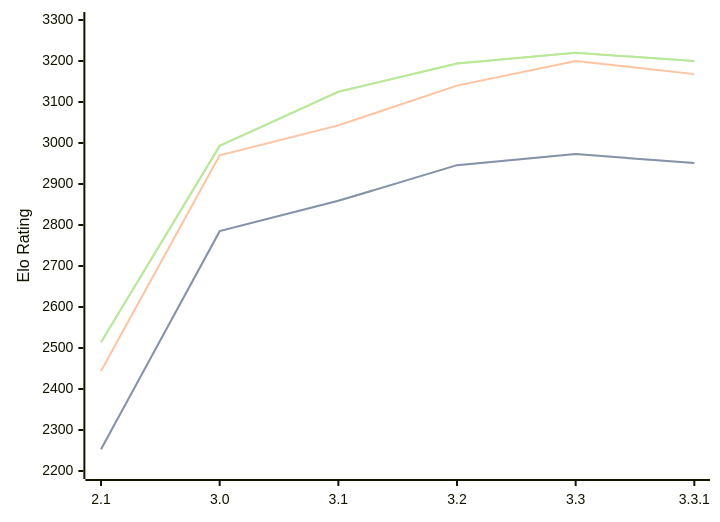
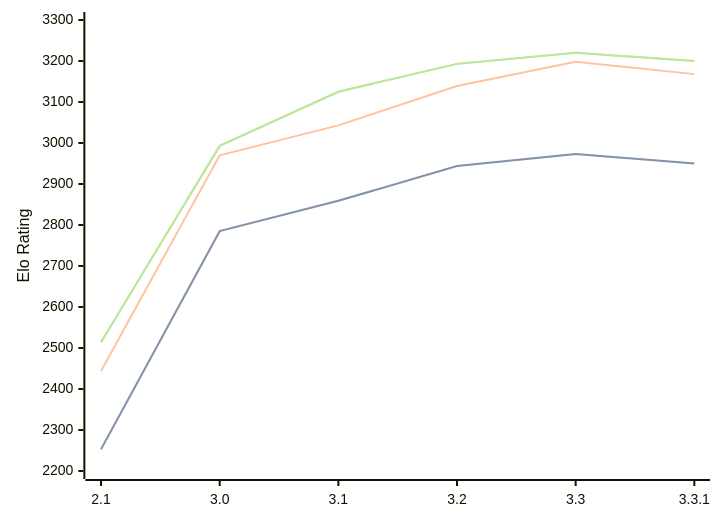
One commit to computer-chess-index/cci changed the diagram in engines/Petrel.md. Above: the diagram before and after it, drawn with Mermaid. The commit also changed other lines of this file, not shown here.

Commit message:
Update CCI Ratings (ELO VLTC) - 2026-03-19

````diff
--- a/engines/Petrel.md
+++ b/engines/Petrel.md
@@ -41,11 +43,11 @@
 ```mermaid
 %%{init: {"theme":"base","themeVariables":{"seriesColors:['#a3a3a3','#222221','#faa371']}}}%%
 xychart-beta
   x-axis ["2.1", "3.0", "3.1", "3.2", "3.3", "3.3.1"]
   y-axis "Elo Rating" 2200 --> 3300
-  line "STC (8.0+0.08s)" [2253, 2785, 2859, 2946, 2973, 2951]
-  line "STC (8.0+0.08s)" [2253, 2785, 2859, 2946, 2973, 2951]
-  line "LTC (60.0+0.60s)" [2444, 2970, 3043, 3140, 3200, 3168]
-  line "VLTC (2m24s+1.12s)" [2514, 2993, 3125, 3194, 3220, 3200]
-  line "VLTC (2m24s+1.12s)" [2514, 2993, 3125, 3194, 3220, 3200]
+  line "STC (8.0+0.08s)" [2253, 2785, 2859, 2944, 2973, 2950]
+  line "STC (8.0+0.08s)" [2253, 2785, 2859, 2944, 2973, 2950]
+  line "LTC (60.0+0.60s)" [2444, 2970, 3043, 3139, 3198, 3168]
+  line "VLTC (2m24s+1.12s)" [2514, 2993, 3125, 3193, 3220, 3200]
+  line "VLTC (2m24s+1.12s)" [2514, 2993, 3125, 3193, 3220, 3200]
 ```
````
